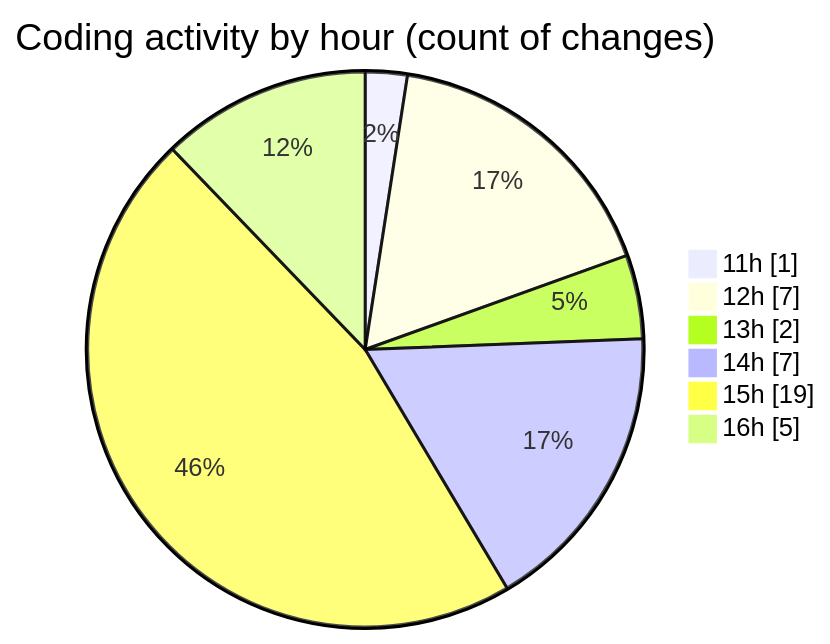
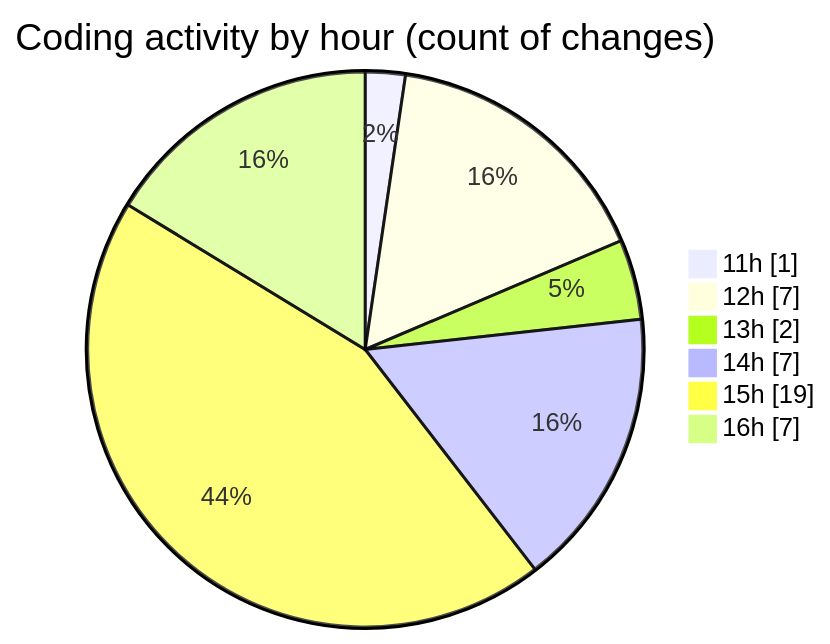
One commit to momahboobian/code-tracking changed the second of 2 diagrams in 2025-06-09/cda/README.md. Above: the diagram before and after it, drawn with Mermaid. The commit also changed other lines of this file and 1 other file, not shown here.

````diff
--- a/2025-06-09/cda/README.md
+++ b/2025-06-09/cda/README.md
@@ -41,10 +42,10 @@
 ```mermaid
 pie showData
 title Coding activity by hour (count of changes)
 "11h" : 1
 "12h" : 7
 "13h" : 2
 "14h" : 7
 "15h" : 19
-"16h" : 5
+"16h" : 7
 ```
````
